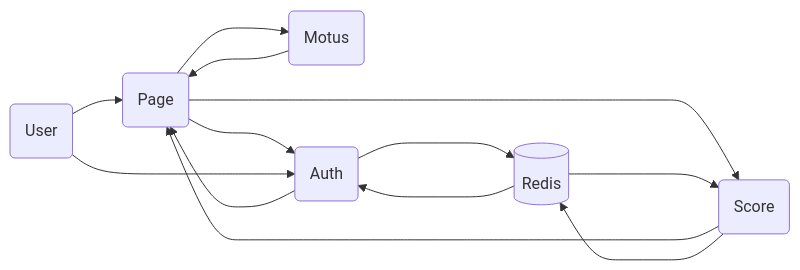
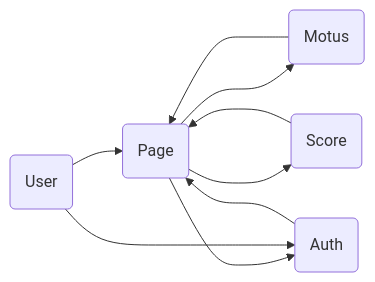
Before and after one commit to PMootz/Motus: the fourth of 4 diagrams in README.md, drawn with Mermaid. The commit also changed other lines of this file, not shown here.

````diff
--- a/README.md
+++ b/README.md
@@ -110,15 +104,11 @@
 ```mermaid
 flowchart LR
     A(User) -->B(Page)
     B(Page) --->C(Motus)
     C(Motus) -->B(Page)
     B(Page) --->D(Auth)
     D(Auth) -->B(Page)
     B(Page) --->E(Score)
     E(Score) --->B(Page)
     A(User) -->D(Auth)
-    F[(Redis)] ---->D(Auth)
-    D(Auth) ---->F[(Redis)]
-    F[(Redis)] ---->E(Score)
-    E(Score) ---->F[(Redis)]
 ```
````
